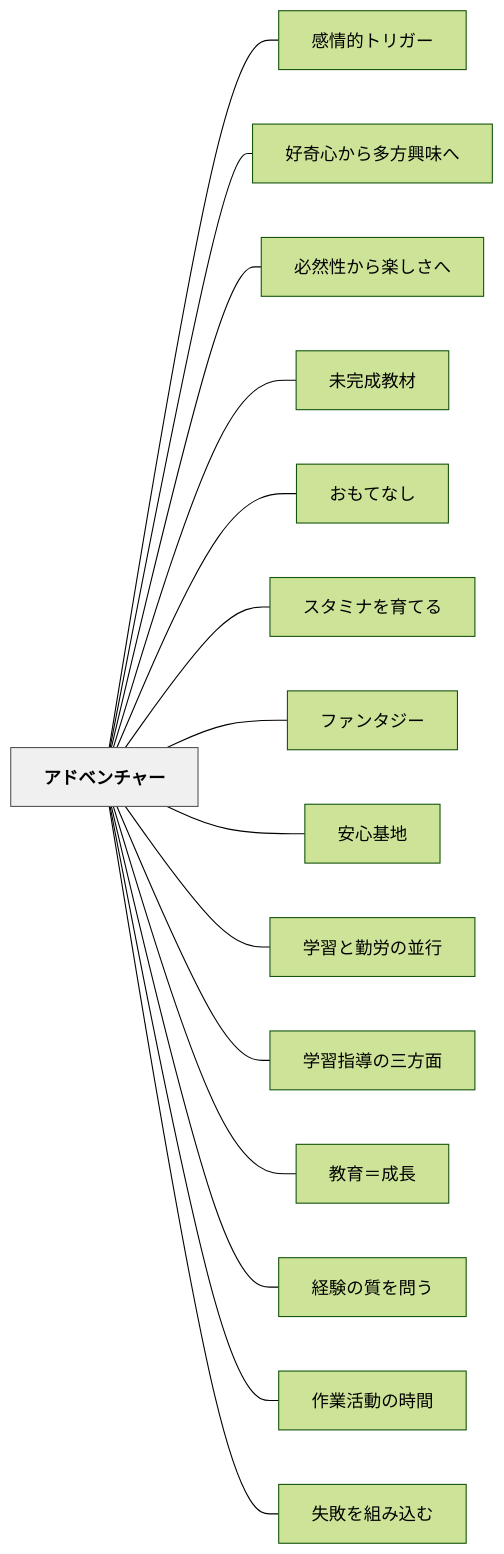
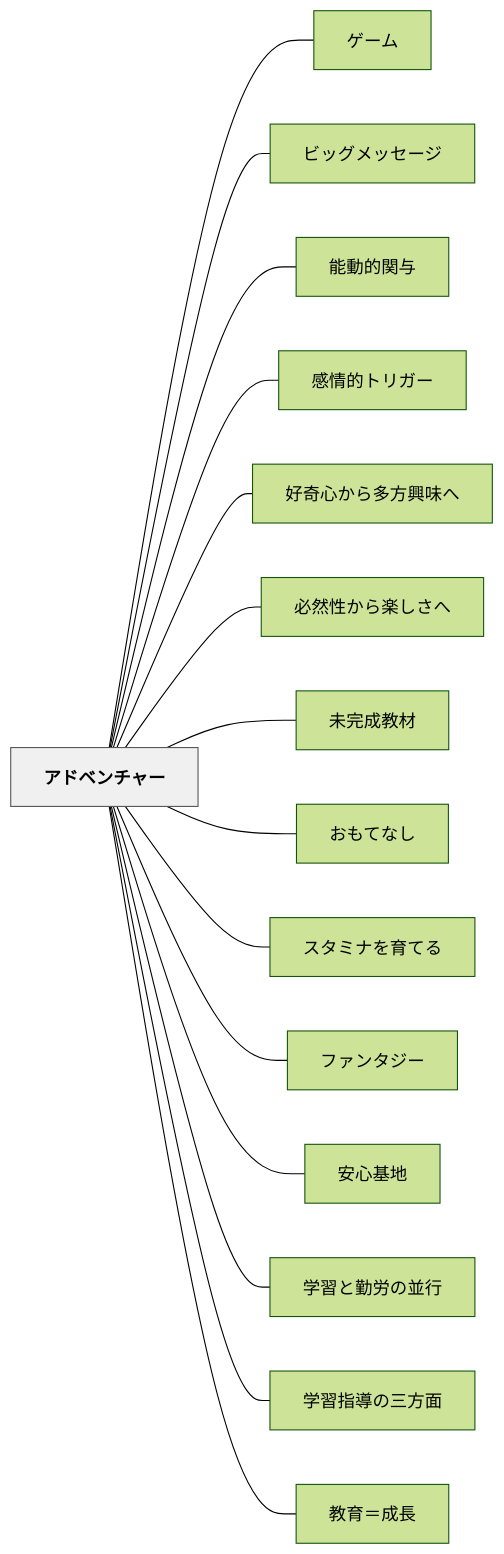
One commit to unknownthings-ed-patterns/unknownthings-ed-patterns changed the diagram in content/パタン/アドベンチャー.md. Above: the diagram before and after it, drawn with Mermaid (forest theme). The commit also changed other lines of this file and 100 other files, not shown here.

````diff
--- a/content/パタン/アドベンチャー.md
+++ b/content/パタン/アドベンチャー.md
@@ -352,36 +355,36 @@
 ```mermaid
 flowchart LR
     ne382a2e38389e38399e383b3e38381e383a3e383bc["アドベンチャー"]
+    ne382b2e383bce383a0["ゲーム"]
+    ne38393e38383e382b0e383a1e38383e382bbe383bce382b8["ビッグメッセージ"]
+    ne883bde58b95e79a84e996a2e4b88e["能動的関与"]
     ne6849fe68385e79a84e38388e383aae382ace383bc["感情的トリガー"]
     ne5a5bde5a587e5bf83e3818be38289e5a49ae696b9e88888e591b3e381b8["好奇心から多方興味へ"]
     ne5bf85e784b6e680a7e3818be38289e6a5bde38197e38195e381b8["必然性から楽しさへ"]
     ne69caae5ae8ce68890e69599e69d90["未完成教材"]
     ne3818ae38282e381a6e381aae38197["おもてなし"]
     ne382b9e382bfe3839fe3838ae38292e882b2e381a6e3828b["スタミナを育てる"]
     ne38395e382a1e383b3e382bfe382b8e383bc["ファンタジー"]
     ne5ae89e5bf83e59fbae59cb0["安心基地"]
     ne5ada6e7bf92e381a8e58ba4e58ab4e381aee4b8a6e8a18c["学習と勤労の並行"]
     ne5ada6e7bf92e68c87e5b08ee381aee4b889e696b9e99da2["学習指導の三方面"]
     ne69599e882b2efbc9de68890e995b7["教育＝成長"]
-    ne7b58ce9a893e381aee8b3aae38292e5958fe38186["経験の質を問う"]
-    ne4bd9ce6a5ade6b4bbe58b95e381aee69982e99693["作業活動の時間"]
-    ne5a4b1e69597e38292e7b584e381bfe8bebce38280["失敗を組み込む"]
 
+    ne382a2e38389e38399e383b3e38381e383a3e383bc --- ne382b2e383bce383a0
+    ne382a2e38389e38399e383b3e38381e383a3e383bc --- ne38393e38383e382b0e383a1e38383e382bbe383bce382b8
+    ne382a2e38389e38399e383b3e38381e383a3e383bc --- ne883bde58b95e79a84e996a2e4b88e
     ne382a2e38389e38399e383b3e38381e383a3e383bc --- ne6849fe68385e79a84e38388e383aae382ace383bc
     ne382a2e38389e38399e383b3e38381e383a3e383bc --- ne5a5bde5a587e5bf83e3818be38289e5a49ae696b9e88888e591b3e381b8
     ne382a2e38389e38399e383b3e38381e383a3e383bc --- ne5bf85e784b6e680a7e3818be38289e6a5bde38197e38195e381b8
     ne382a2e38389e38399e383b3e38381e383a3e383bc --- ne69caae5ae8ce68890e69599e69d90
     ne382a2e38389e38399e383b3e38381e383a3e383bc --- ne3818ae38282e381a6e381aae38197
     ne382a2e38389e38399e383b3e38381e383a3e383bc --- ne382b9e382bfe3839fe3838ae38292e882b2e381a6e3828b
     ne382a2e38389e38399e383b3e38381e383a3e383bc --- ne38395e382a1e383b3e382bfe382b8e383bc
     ne382a2e38389e38399e383b3e38381e383a3e383bc --- ne5ae89e5bf83e59fbae59cb0
     ne382a2e38389e38399e383b3e38381e383a3e383bc --- ne5ada6e7bf92e381a8e58ba4e58ab4e381aee4b8a6e8a18c
     ne382a2e38389e38399e383b3e38381e383a3e383bc --- ne5ada6e7bf92e68c87e5b08ee381aee4b889e696b9e99da2
     ne382a2e38389e38399e383b3e38381e383a3e383bc --- ne69599e882b2efbc9de68890e995b7
-    ne382a2e38389e38399e383b3e38381e383a3e383bc --- ne7b58ce9a893e381aee8b3aae38292e5958fe38186
-    ne382a2e38389e38399e383b3e38381e383a3e383bc --- ne4bd9ce6a5ade6b4bbe58b95e381aee69982e99693
-    ne382a2e38389e38399e383b3e38381e383a3e383bc --- ne5a4b1e69597e38292e7b584e381bfe8bebce38280
 
     classDef hub fill:#f0f0f0,stroke:#555,color:#000,font-weight:bold
     class ne382a2e38389e38399e383b3e38381e383a3e383bc hub
 ```
````
